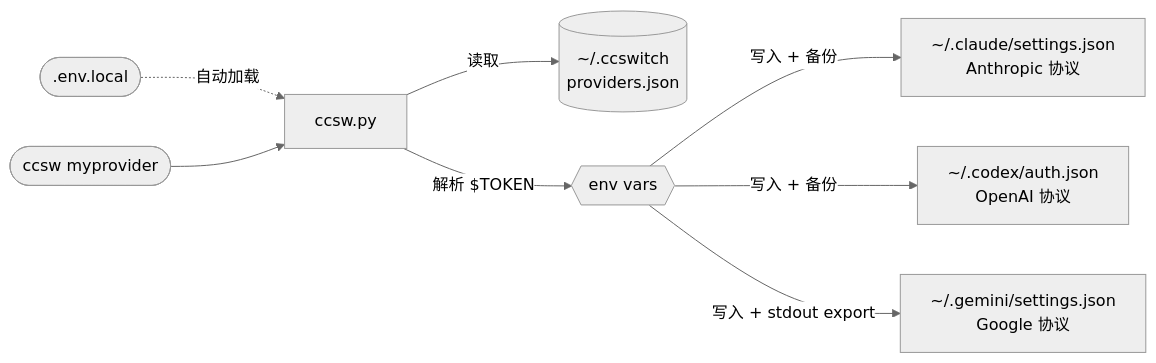
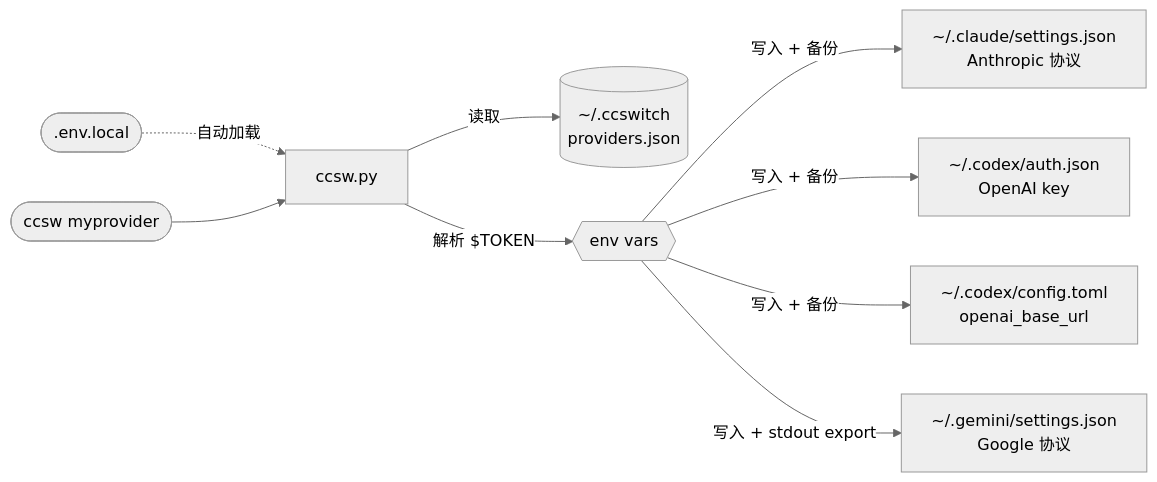
Before and after one commit to Boulea7/ccswitch-terminal: the diagram in README.md, drawn with Mermaid (neutral theme). The commit also changed other lines of this file and 4 other files, not shown here.

Commit message:
fix: align codex provider switching with config.toml

````diff
--- a/README.md
+++ b/README.md
@@ -277,10 +278,11 @@
 ```mermaid
 flowchart LR
     L([".env.local"]) -. "自动加载" .-> P
     U(["ccsw myprovider"]) --> P["ccsw.py"]
     P -- "读取" --> DB[("~/.ccswitch\nproviders.json")]
     P -- "解析 $TOKEN" --> E{{"env vars"}}
     E -- "写入 + 备份" --> C["~/.claude/settings.json\nAnthropic 协议"]
-    E -- "写入 + 备份" --> X["~/.codex/auth.json\nOpenAI 协议"]
+    E -- "写入 + 备份" --> X["~/.codex/auth.json\nOpenAI key"]
+    E -- "写入 + 备份" --> T["~/.codex/config.toml\nopenai_base_url"]
     E -- "写入 + stdout export" --> G["~/.gemini/settings.json\nGoogle 协议"]
 ```
````
